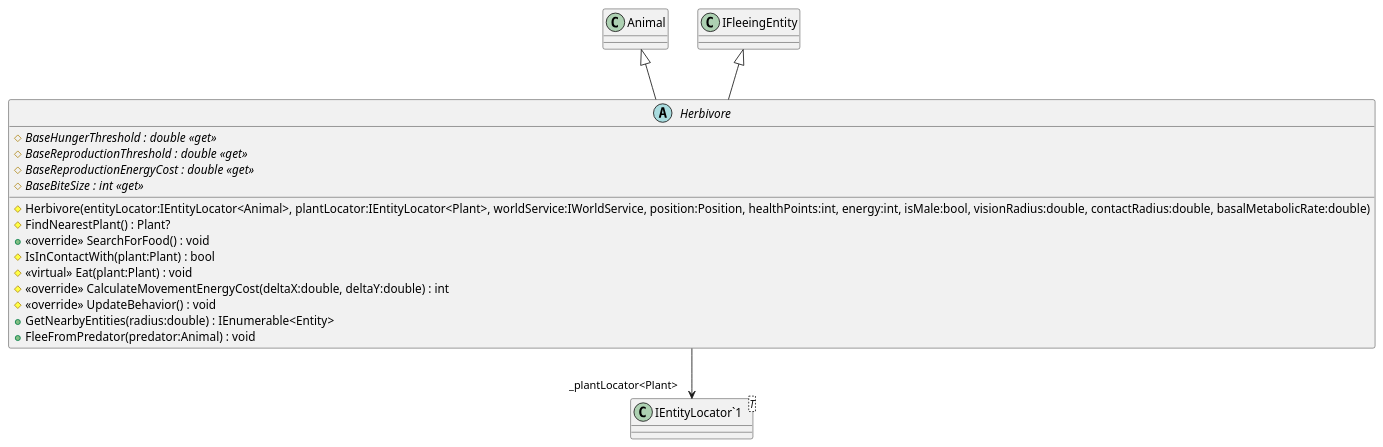
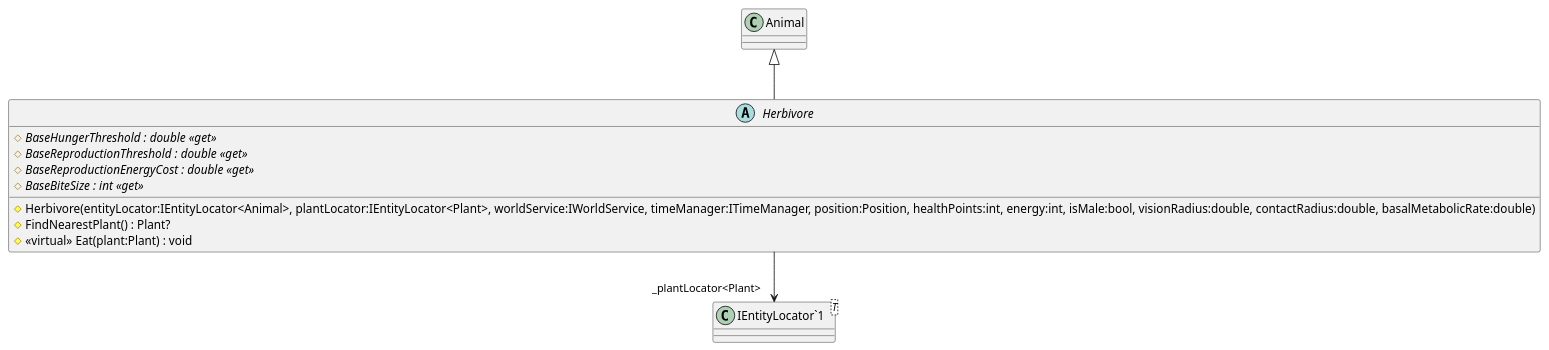
The diagram in plantuml/Models/Entities/Animals/Herbivores/Herbivore.puml (I42I/ecosystem), drawn with PlantUML before and after one commit. The commit also changed 64 other files, not shown here.

Commit message:
plantuml

```diff
--- a/plantuml/Models/Entities/Animals/Herbivores/Herbivore.puml
+++ b/plantuml/Models/Entities/Animals/Herbivores/Herbivore.puml
@@ -1,22 +1,15 @@
 @startuml
 abstract class Herbivore {
     # {abstract} BaseHungerThreshold : double <<get>>
     # {abstract} BaseReproductionThreshold : double <<get>>
     # {abstract} BaseReproductionEnergyCost : double <<get>>
     # {abstract} BaseBiteSize : int <<get>>
-    # Herbivore(entityLocator:IEntityLocator<Animal>, plantLocator:IEntityLocator<Plant>, worldService:IWorldService, position:Position, healthPoints:int, energy:int, isMale:bool, visionRadius:double, contactRadius:double, basalMetabolicRate:double)
+    # Herbivore(entityLocator:IEntityLocator<Animal>, plantLocator:IEntityLocator<Plant>, worldService:IWorldService, timeManager:ITimeManager, position:Position, healthPoints:int, energy:int, isMale:bool, visionRadius:double, contactRadius:double, basalMetabolicRate:double)
     # FindNearestPlant() : Plant?
-    + <<override>> SearchForFood() : void
-    # IsInContactWith(plant:Plant) : bool
     # <<virtual>> Eat(plant:Plant) : void
-    # <<override>> CalculateMovementEnergyCost(deltaX:double, deltaY:double) : int
-    # <<override>> UpdateBehavior() : void
-    + GetNearbyEntities(radius:double) : IEnumerable<Entity>
-    + FleeFromPredator(predator:Animal) : void
 }
 class "IEntityLocator`1"<T> {
 }
 Animal <|-- Herbivore
-IFleeingEntity <|-- Herbivore
 Herbivore --> "_plantLocator<Plant>" "IEntityLocator`1"
 @enduml
```
